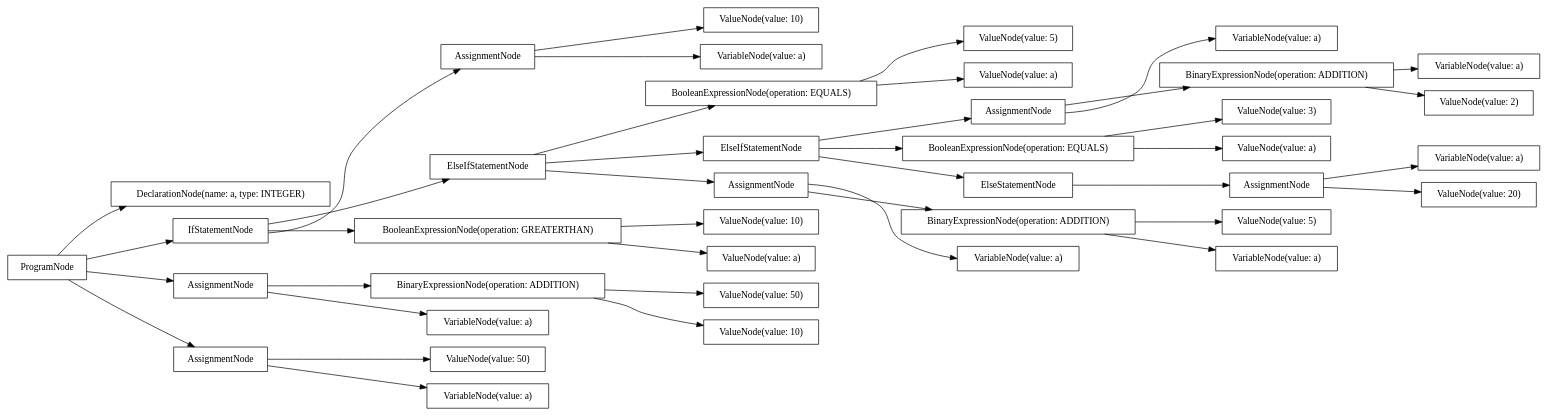
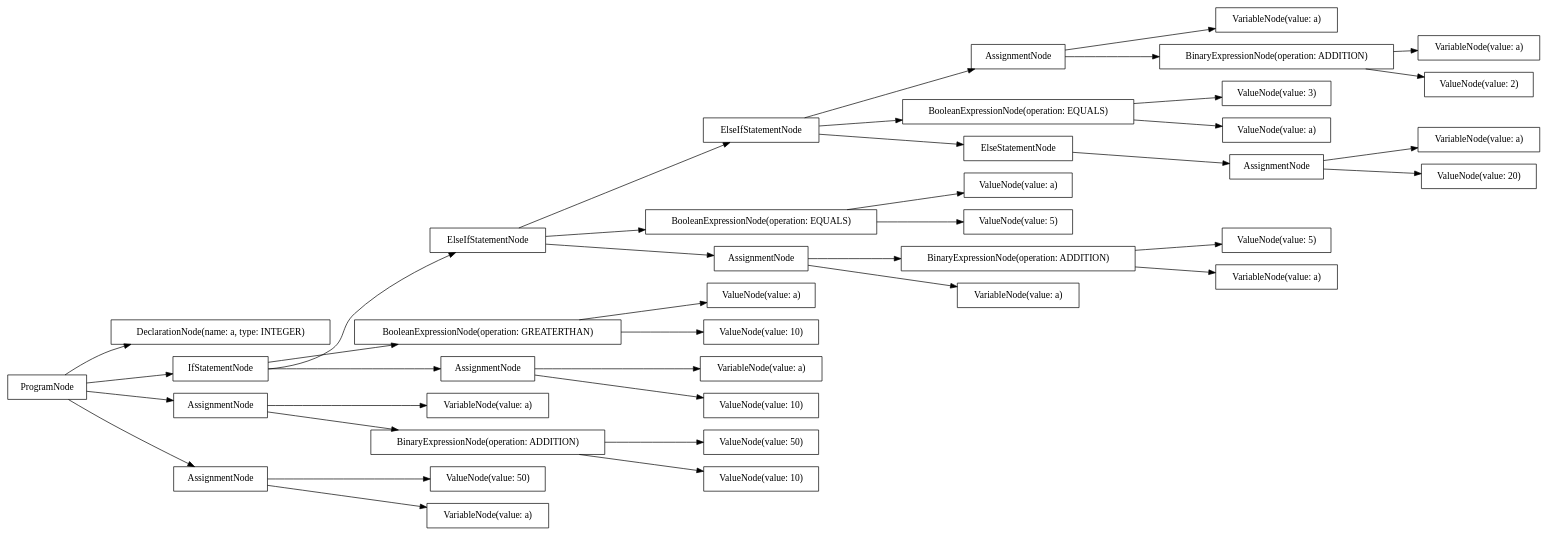
Before and after one commit to AtLeastITry/ANTLR-Python-Compiler: the diagram in src/output/dot/example-boolean.dot, drawn with Graphviz. The commit also changed 34 other files, not shown here.

```diff
--- a/src/output/dot/example-boolean.dot
+++ b/src/output/dot/example-boolean.dot
@@ -1,80 +1,80 @@
 digraph G {
 rankdir=LR
-"f051ffce-fa36-4c1f-bd70-994547896f4e" [label="VariableNode(value: a)" shape="box"];
-"ed0054da-24ad-4d71-a09b-03eb5799a8ea" [label="ValueNode(value: 5)" shape="box"];
-"7a236295-4287-4cdb-9d28-505287b4e061" [label="AssignmentNode" shape="box"];
-"ca04f0cc-a330-44ea-8208-6b2b64295590" [label="AssignmentNode" shape="box"];
-"a2062580-c705-4651-9af7-681ab668d15f" [label="BinaryExpressionNode(operation: ADDITION)" shape="box"];
-"eb584945-2ffd-4686-9a9a-e44e1f4ac7b1" [label="VariableNode(value: a)" shape="box"];
-"fbace0f9-56da-43c4-80ec-01ee46526991" [label="ElseIfStatementNode" shape="box"];
-"8d798118-5164-443d-b876-5cbbf4a2c1dd" [label="ValueNode(value: 2)" shape="box"];
-"f6df2e3e-79b8-4ce4-9534-9b4dba69aee6" [label="BooleanExpressionNode(operation: EQUALS)" shape="box"];
-"5d950991-45de-4746-8d70-5ec2aa2fd34a" [label="BinaryExpressionNode(operation: ADDITION)" shape="box"];
-"0d978492-6a57-4448-b743-cdf3d49d0af9" [label="ValueNode(value: 5)" shape="box"];
-"40696dbc-28e0-404d-8259-55a4ac741cff" [label="BooleanExpressionNode(operation: EQUALS)" shape="box"];
-"20f316fa-d6ce-4f4e-bdc5-a3b0c67e390d" [label="ValueNode(value: 10)" shape="box"];
-"d65b9a05-4285-4758-91df-c60bf6d7a750" [label="BooleanExpressionNode(operation: GREATERTHAN)" shape="box"];
-"c99f82f0-afb0-42c4-afee-4859c1d994e4" [label="ValueNode(value: 3)" shape="box"];
-"d2eb8c3c-db4a-4ad9-ab89-c8f400ba3191" [label="VariableNode(value: a)" shape="box"];
-"62a64caa-ad1b-40bb-92bf-3fbaad89c733" [label="ProgramNode" shape="box"];
-"0b11a6e3-0908-4264-a0e9-e942ad90e136" [label="DeclarationNode(name: a, type: INTEGER)" shape="box"];
-"49be484c-93bd-4d93-b195-3cb84c9eb6bc" [label="ElseIfStatementNode" shape="box"];
-"67a86246-8405-44e7-8570-1399ece9ded9" [label="VariableNode(value: a)" shape="box"];
-"a56565a7-b6f7-45c9-ba3c-134ae7ab7c77" [label="BinaryExpressionNode(operation: ADDITION)" shape="box"];
-"a8dcd224-f2a2-4cb2-945a-53a99518e398" [label="AssignmentNode" shape="box"];
-"6e900b95-44b0-403e-821d-1be6ef651d49" [label="ValueNode(value: 50)" shape="box"];
-"912a5790-c4ae-4c6e-86b3-6d1de38600f2" [label="ElseStatementNode" shape="box"];
-"50da759d-34f8-4267-be0e-0c12ca994338" [label="IfStatementNode" shape="box"];
-"37248396-6971-48d1-b7a7-fa7db6c05a6d" [label="ValueNode(value: 20)" shape="box"];
-"a8d198e2-7d80-4a97-9016-cd8078e063fe" [label="VariableNode(value: a)" shape="box"];
-"9763f628-fc85-4196-8182-2fc7e9272bd7" [label="ValueNode(value: 10)" shape="box"];
-"05144253-7e89-4c88-bcf5-efd18aef7ea0" [label="AssignmentNode" shape="box"];
-"0ec9ab17-e8a7-4caa-a508-e9633c2de03b" [label="AssignmentNode" shape="box"];
-"b8f57755-ccdd-4bc0-bd29-d35932606243" [label="AssignmentNode" shape="box"];
-"38434e64-1d13-46dd-b4a9-b368fdd6240f" [label="ValueNode(value: a)" shape="box"];
-"6ae3b693-8e1a-4eed-99c1-5abedae498ef" [label="ValueNode(value: a)" shape="box"];
-"0bd0463b-c7d4-4161-8ffa-531f08a0ec68" [label="VariableNode(value: a)" shape="box"];
-"0f473e4a-f926-4e7f-90d0-2701e96892de" [label="VariableNode(value: a)" shape="box"];
-"230610a7-504f-48b7-b65f-e773d17039b1" [label="ValueNode(value: 50)" shape="box"];
-"30bf1b57-e065-4685-968b-882459a4a4b5" [label="ValueNode(value: a)" shape="box"];
-"360b1e3f-9256-4f77-8854-cc0c1ce32754" [label="VariableNode(value: a)" shape="box"];
-"ac99a342-fb13-40ef-ba87-9fb2c4c25cad" [label="ValueNode(value: 10)" shape="box"];
-"62a64caa-ad1b-40bb-92bf-3fbaad89c733" -> "0b11a6e3-0908-4264-a0e9-e942ad90e136";
-"62a64caa-ad1b-40bb-92bf-3fbaad89c733" -> "0ec9ab17-e8a7-4caa-a508-e9633c2de03b";
-"0ec9ab17-e8a7-4caa-a508-e9633c2de03b" -> "360b1e3f-9256-4f77-8854-cc0c1ce32754";
-"0ec9ab17-e8a7-4caa-a508-e9633c2de03b" -> "6e900b95-44b0-403e-821d-1be6ef651d49";
-"62a64caa-ad1b-40bb-92bf-3fbaad89c733" -> "50da759d-34f8-4267-be0e-0c12ca994338";
-"50da759d-34f8-4267-be0e-0c12ca994338" -> "d65b9a05-4285-4758-91df-c60bf6d7a750";
-"d65b9a05-4285-4758-91df-c60bf6d7a750" -> "6ae3b693-8e1a-4eed-99c1-5abedae498ef";
-"d65b9a05-4285-4758-91df-c60bf6d7a750" -> "9763f628-fc85-4196-8182-2fc7e9272bd7";
-"50da759d-34f8-4267-be0e-0c12ca994338" -> "ca04f0cc-a330-44ea-8208-6b2b64295590";
-"ca04f0cc-a330-44ea-8208-6b2b64295590" -> "0bd0463b-c7d4-4161-8ffa-531f08a0ec68";
-"ca04f0cc-a330-44ea-8208-6b2b64295590" -> "20f316fa-d6ce-4f4e-bdc5-a3b0c67e390d";
-"50da759d-34f8-4267-be0e-0c12ca994338" -> "fbace0f9-56da-43c4-80ec-01ee46526991";
-"fbace0f9-56da-43c4-80ec-01ee46526991" -> "f6df2e3e-79b8-4ce4-9534-9b4dba69aee6";
-"f6df2e3e-79b8-4ce4-9534-9b4dba69aee6" -> "30bf1b57-e065-4685-968b-882459a4a4b5";
-"f6df2e3e-79b8-4ce4-9534-9b4dba69aee6" -> "ed0054da-24ad-4d71-a09b-03eb5799a8ea";
-"fbace0f9-56da-43c4-80ec-01ee46526991" -> "a8dcd224-f2a2-4cb2-945a-53a99518e398";
-"a8dcd224-f2a2-4cb2-945a-53a99518e398" -> "0f473e4a-f926-4e7f-90d0-2701e96892de";
-"a8dcd224-f2a2-4cb2-945a-53a99518e398" -> "a56565a7-b6f7-45c9-ba3c-134ae7ab7c77";
-"a56565a7-b6f7-45c9-ba3c-134ae7ab7c77" -> "a8d198e2-7d80-4a97-9016-cd8078e063fe";
-"a56565a7-b6f7-45c9-ba3c-134ae7ab7c77" -> "0d978492-6a57-4448-b743-cdf3d49d0af9";
-"fbace0f9-56da-43c4-80ec-01ee46526991" -> "49be484c-93bd-4d93-b195-3cb84c9eb6bc";
-"49be484c-93bd-4d93-b195-3cb84c9eb6bc" -> "40696dbc-28e0-404d-8259-55a4ac741cff";
-"40696dbc-28e0-404d-8259-55a4ac741cff" -> "38434e64-1d13-46dd-b4a9-b368fdd6240f";
-"40696dbc-28e0-404d-8259-55a4ac741cff" -> "c99f82f0-afb0-42c4-afee-4859c1d994e4";
-"49be484c-93bd-4d93-b195-3cb84c9eb6bc" -> "7a236295-4287-4cdb-9d28-505287b4e061";
-"7a236295-4287-4cdb-9d28-505287b4e061" -> "eb584945-2ffd-4686-9a9a-e44e1f4ac7b1";
-"7a236295-4287-4cdb-9d28-505287b4e061" -> "5d950991-45de-4746-8d70-5ec2aa2fd34a";
-"5d950991-45de-4746-8d70-5ec2aa2fd34a" -> "f051ffce-fa36-4c1f-bd70-994547896f4e";
-"5d950991-45de-4746-8d70-5ec2aa2fd34a" -> "8d798118-5164-443d-b876-5cbbf4a2c1dd";
-"49be484c-93bd-4d93-b195-3cb84c9eb6bc" -> "912a5790-c4ae-4c6e-86b3-6d1de38600f2";
-"912a5790-c4ae-4c6e-86b3-6d1de38600f2" -> "b8f57755-ccdd-4bc0-bd29-d35932606243";
-"b8f57755-ccdd-4bc0-bd29-d35932606243" -> "d2eb8c3c-db4a-4ad9-ab89-c8f400ba3191";
-"b8f57755-ccdd-4bc0-bd29-d35932606243" -> "37248396-6971-48d1-b7a7-fa7db6c05a6d";
-"62a64caa-ad1b-40bb-92bf-3fbaad89c733" -> "05144253-7e89-4c88-bcf5-efd18aef7ea0";
-"05144253-7e89-4c88-bcf5-efd18aef7ea0" -> "67a86246-8405-44e7-8570-1399ece9ded9";
-"05144253-7e89-4c88-bcf5-efd18aef7ea0" -> "a2062580-c705-4651-9af7-681ab668d15f";
-"a2062580-c705-4651-9af7-681ab668d15f" -> "ac99a342-fb13-40ef-ba87-9fb2c4c25cad";
-"a2062580-c705-4651-9af7-681ab668d15f" -> "230610a7-504f-48b7-b65f-e773d17039b1";
+"af0103df-f634-48bc-b441-4ad29a242da6" [label="ValueNode(value: 50)" shape="box"];
+"b55d2ef2-f5d7-44ba-8a4b-29cd97dbaad6" [label="ValueNode(value: 5)" shape="box"];
+"43f5b8b2-9d1d-4c86-8663-8252ec6bc1cf" [label="ValueNode(value: 3)" shape="box"];
+"1d2fa2d6-f957-4ebe-bee5-6aa7bc3c4927" [label="ValueNode(value: 50)" shape="box"];
+"18f6fa3a-222d-4600-980b-c7a07c3c757c" [label="AssignmentNode" shape="box"];
+"d8ff9d16-d789-4c93-bdff-44fc3eb65fcb" [label="ProgramNode" shape="box"];
+"cd748c23-1301-4530-8ab7-728790052b81" [label="VariableNode(value: a)" shape="box"];
+"c88fcf72-c137-4558-aeee-552172fa18b4" [label="VariableNode(value: a)" shape="box"];
+"1e3785de-3e0c-4ee9-b64c-f55e02d24d18" [label="ElseIfStatementNode" shape="box"];
+"ef190997-a404-4bf9-a647-28f0ffab26bb" [label="VariableNode(value: a)" shape="box"];
+"ffed860e-287a-40d4-814e-af2066db6b2d" [label="BooleanExpressionNode(operation: EQUALS)" shape="box"];
+"2675bea1-ab41-4e89-a125-0a7d32ec887d" [label="BooleanExpressionNode(operation: EQUALS)" shape="box"];
+"29a21bcc-f52a-46ed-8d11-b7df0d1f8c6f" [label="VariableNode(value: a)" shape="box"];
+"dbc4c69a-24e6-4ac4-8a07-c675c003f055" [label="AssignmentNode" shape="box"];
+"ec97d169-5856-4141-8be7-59cdb92a1571" [label="ValueNode(value: 2)" shape="box"];
+"be6ddc58-6988-4bbf-98d2-0485863cc530" [label="ValueNode(value: a)" shape="box"];
+"0609c6ef-50a8-4614-a6bf-cc61953849e7" [label="ElseIfStatementNode" shape="box"];
+"14db5716-f512-43a6-9778-41ad71a65e16" [label="DeclarationNode(name: a, type: INTEGER)" shape="box"];
+"c41a21ad-fe59-4fc7-bc33-43c07114ca11" [label="BooleanExpressionNode(operation: GREATERTHAN)" shape="box"];
+"9fab5d33-d874-4b91-8e6e-ba7f7d7f2732" [label="ValueNode(value: 10)" shape="box"];
+"e2ed2f87-f9f0-48b5-90d5-21f785c63469" [label="IfStatementNode" shape="box"];
+"80f5aefb-a5da-42ac-8085-1076620f9627" [label="BinaryExpressionNode(operation: ADDITION)" shape="box"];
+"61b63e41-2a90-4978-8c01-549b80d30cb2" [label="ValueNode(value: 20)" shape="box"];
+"8e5c3482-da63-4824-8042-88edd3af18bc" [label="ValueNode(value: a)" shape="box"];
+"ce91dfb7-dbb4-4a6d-9af1-f88c3d204b07" [label="AssignmentNode" shape="box"];
+"7e8a3bd3-d999-4969-b997-be9cda2725ae" [label="AssignmentNode" shape="box"];
+"077df27d-b401-4299-a518-65ddc0926fe4" [label="ValueNode(value: 10)" shape="box"];
+"ebf32813-4a3f-4b31-9f8c-172a6cb6f6d2" [label="VariableNode(value: a)" shape="box"];
+"b63cca30-6bf1-404e-9e01-b24da2d9c34a" [label="AssignmentNode" shape="box"];
+"795fa142-34d4-4e63-b33b-6a4d645a1aeb" [label="VariableNode(value: a)" shape="box"];
+"abaae116-ad1a-44ee-a79c-690011c2e579" [label="ElseStatementNode" shape="box"];
+"5c04540b-d0e8-4c87-9081-fbb418304213" [label="AssignmentNode" shape="box"];
+"36952a87-1d37-423e-9d2d-44adf4334d90" [label="ValueNode(value: a)" shape="box"];
+"df902587-f30f-4ae8-88fb-6be48d10ac85" [label="BinaryExpressionNode(operation: ADDITION)" shape="box"];
+"54df8650-d97b-48da-b54b-9007e3ccde95" [label="VariableNode(value: a)" shape="box"];
+"a91eee87-2fe6-4ad3-9a7c-11d4f3df7f60" [label="BinaryExpressionNode(operation: ADDITION)" shape="box"];
+"62e789a1-6620-4136-a0a3-c3a97e8e826b" [label="ValueNode(value: 10)" shape="box"];
+"04993cff-0bbc-4d91-a85e-07e4f6ef0561" [label="ValueNode(value: 5)" shape="box"];
+"c5d89d95-1a62-487b-8574-74cbe935efe1" [label="VariableNode(value: a)" shape="box"];
+"d8ff9d16-d789-4c93-bdff-44fc3eb65fcb" -> "14db5716-f512-43a6-9778-41ad71a65e16";
+"d8ff9d16-d789-4c93-bdff-44fc3eb65fcb" -> "7e8a3bd3-d999-4969-b997-be9cda2725ae";
+"7e8a3bd3-d999-4969-b997-be9cda2725ae" -> "ebf32813-4a3f-4b31-9f8c-172a6cb6f6d2";
+"7e8a3bd3-d999-4969-b997-be9cda2725ae" -> "af0103df-f634-48bc-b441-4ad29a242da6";
+"d8ff9d16-d789-4c93-bdff-44fc3eb65fcb" -> "e2ed2f87-f9f0-48b5-90d5-21f785c63469";
+"e2ed2f87-f9f0-48b5-90d5-21f785c63469" -> "c41a21ad-fe59-4fc7-bc33-43c07114ca11";
+"c41a21ad-fe59-4fc7-bc33-43c07114ca11" -> "be6ddc58-6988-4bbf-98d2-0485863cc530";
+"c41a21ad-fe59-4fc7-bc33-43c07114ca11" -> "9fab5d33-d874-4b91-8e6e-ba7f7d7f2732";
+"e2ed2f87-f9f0-48b5-90d5-21f785c63469" -> "b63cca30-6bf1-404e-9e01-b24da2d9c34a";
+"b63cca30-6bf1-404e-9e01-b24da2d9c34a" -> "cd748c23-1301-4530-8ab7-728790052b81";
+"b63cca30-6bf1-404e-9e01-b24da2d9c34a" -> "62e789a1-6620-4136-a0a3-c3a97e8e826b";
+"e2ed2f87-f9f0-48b5-90d5-21f785c63469" -> "0609c6ef-50a8-4614-a6bf-cc61953849e7";
+"0609c6ef-50a8-4614-a6bf-cc61953849e7" -> "ffed860e-287a-40d4-814e-af2066db6b2d";
+"ffed860e-287a-40d4-814e-af2066db6b2d" -> "36952a87-1d37-423e-9d2d-44adf4334d90";
+"ffed860e-287a-40d4-814e-af2066db6b2d" -> "04993cff-0bbc-4d91-a85e-07e4f6ef0561";
+"0609c6ef-50a8-4614-a6bf-cc61953849e7" -> "dbc4c69a-24e6-4ac4-8a07-c675c003f055";
+"dbc4c69a-24e6-4ac4-8a07-c675c003f055" -> "c5d89d95-1a62-487b-8574-74cbe935efe1";
+"dbc4c69a-24e6-4ac4-8a07-c675c003f055" -> "df902587-f30f-4ae8-88fb-6be48d10ac85";
+"df902587-f30f-4ae8-88fb-6be48d10ac85" -> "795fa142-34d4-4e63-b33b-6a4d645a1aeb";
+"df902587-f30f-4ae8-88fb-6be48d10ac85" -> "b55d2ef2-f5d7-44ba-8a4b-29cd97dbaad6";
+"0609c6ef-50a8-4614-a6bf-cc61953849e7" -> "1e3785de-3e0c-4ee9-b64c-f55e02d24d18";
+"1e3785de-3e0c-4ee9-b64c-f55e02d24d18" -> "2675bea1-ab41-4e89-a125-0a7d32ec887d";
+"2675bea1-ab41-4e89-a125-0a7d32ec887d" -> "8e5c3482-da63-4824-8042-88edd3af18bc";
+"2675bea1-ab41-4e89-a125-0a7d32ec887d" -> "43f5b8b2-9d1d-4c86-8663-8252ec6bc1cf";
+"1e3785de-3e0c-4ee9-b64c-f55e02d24d18" -> "18f6fa3a-222d-4600-980b-c7a07c3c757c";
+"18f6fa3a-222d-4600-980b-c7a07c3c757c" -> "ef190997-a404-4bf9-a647-28f0ffab26bb";
+"18f6fa3a-222d-4600-980b-c7a07c3c757c" -> "80f5aefb-a5da-42ac-8085-1076620f9627";
+"80f5aefb-a5da-42ac-8085-1076620f9627" -> "c88fcf72-c137-4558-aeee-552172fa18b4";
+"80f5aefb-a5da-42ac-8085-1076620f9627" -> "ec97d169-5856-4141-8be7-59cdb92a1571";
+"1e3785de-3e0c-4ee9-b64c-f55e02d24d18" -> "abaae116-ad1a-44ee-a79c-690011c2e579";
+"abaae116-ad1a-44ee-a79c-690011c2e579" -> "5c04540b-d0e8-4c87-9081-fbb418304213";
+"5c04540b-d0e8-4c87-9081-fbb418304213" -> "29a21bcc-f52a-46ed-8d11-b7df0d1f8c6f";
+"5c04540b-d0e8-4c87-9081-fbb418304213" -> "61b63e41-2a90-4978-8c01-549b80d30cb2";
+"d8ff9d16-d789-4c93-bdff-44fc3eb65fcb" -> "ce91dfb7-dbb4-4a6d-9af1-f88c3d204b07";
+"ce91dfb7-dbb4-4a6d-9af1-f88c3d204b07" -> "54df8650-d97b-48da-b54b-9007e3ccde95";
+"ce91dfb7-dbb4-4a6d-9af1-f88c3d204b07" -> "a91eee87-2fe6-4ad3-9a7c-11d4f3df7f60";
+"a91eee87-2fe6-4ad3-9a7c-11d4f3df7f60" -> "077df27d-b401-4299-a518-65ddc0926fe4";
+"a91eee87-2fe6-4ad3-9a7c-11d4f3df7f60" -> "1d2fa2d6-f957-4ebe-bee5-6aa7bc3c4927";
 }
```
